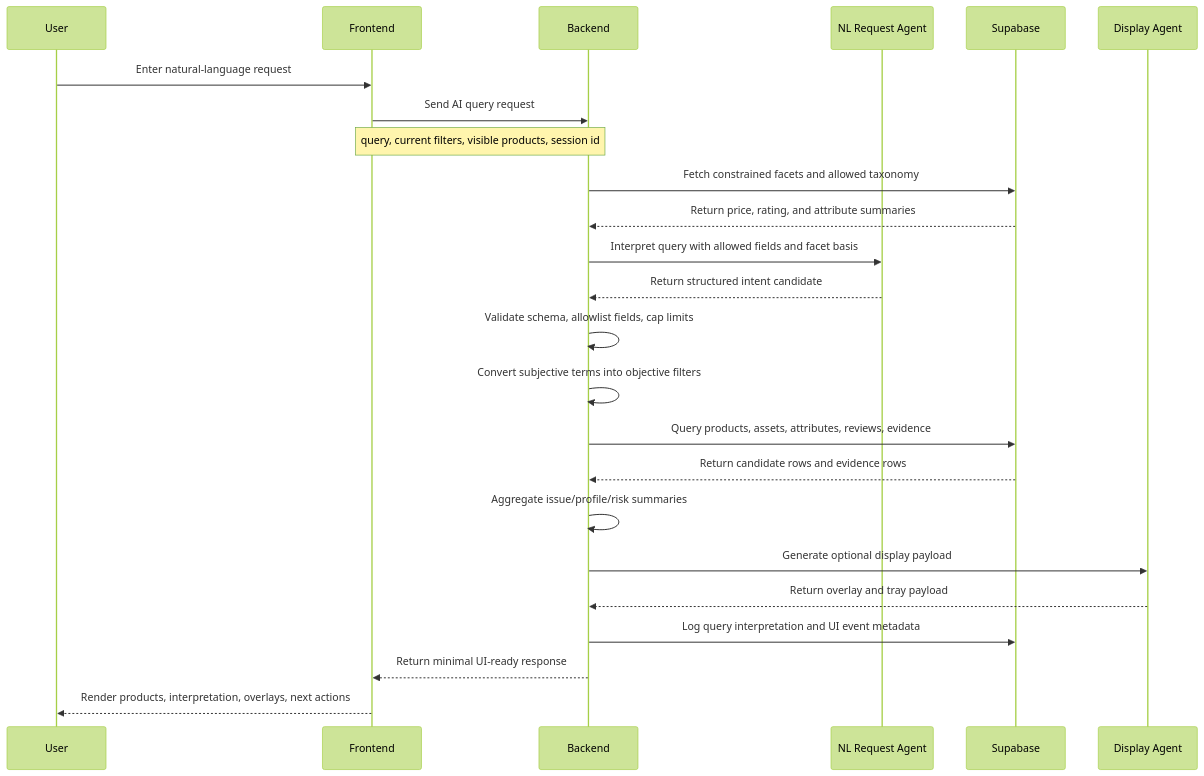
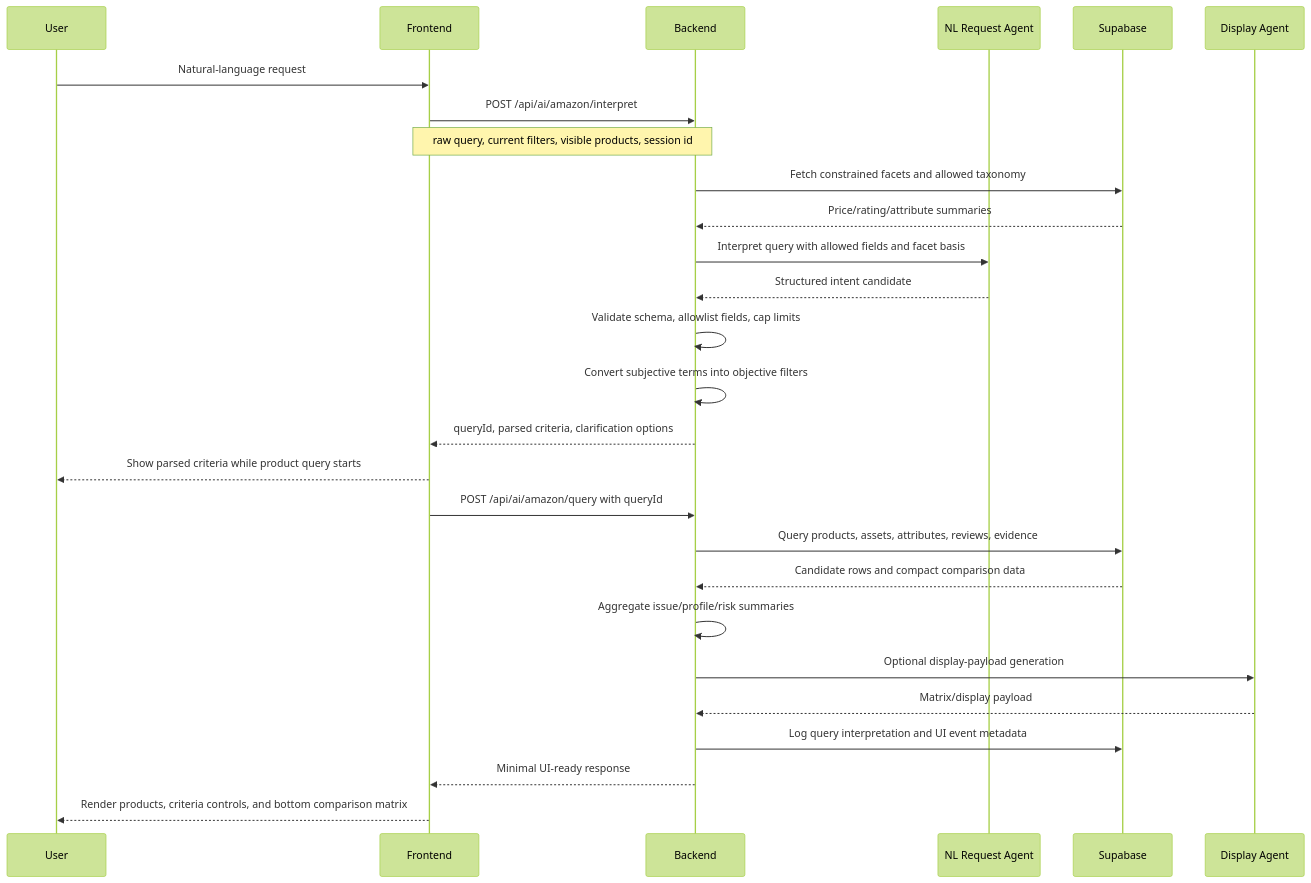
One commit to YJ-Jang01/HAI changed the second of 4 diagrams in docs/SERVICE_DATA_FLOW.md. Above: the diagram before and after it, drawn with Mermaid (forest theme). The commit also changed other lines of this file and 146 other files, not shown here.

````diff
--- a/docs/SERVICE_DATA_FLOW.md
+++ b/docs/SERVICE_DATA_FLOW.md
@@ -52,33 +41,37 @@
 ```mermaid
 sequenceDiagram
   participant U as User
   participant FE as Frontend
   participant BE as Backend
   participant NL as NL Request Agent
   participant DB as Supabase
   participant DA as Display Agent
 
-  U->>FE: Enter natural-language request
-  FE->>BE: Send AI query request
-  Note over FE,BE: query, current filters, visible products, session id
+  U->>FE: Natural-language request
+  FE->>BE: POST /api/ai/amazon/interpret
+  Note over FE,BE: raw query, current filters, visible products, session id
 
   BE->>DB: Fetch constrained facets and allowed taxonomy
-  DB-->>BE: Return price, rating, and attribute summaries
+  DB-->>BE: Price/rating/attribute summaries
 
   BE->>NL: Interpret query with allowed fields and facet basis
-  NL-->>BE: Return structured intent candidate
+  NL-->>BE: Structured intent candidate
 
   BE->>BE: Validate schema, allowlist fields, cap limits
   BE->>BE: Convert subjective terms into objective filters
 
+  BE-->>FE: queryId, parsed criteria, clarification options
+  FE-->>U: Show parsed criteria while product query starts
+
+  FE->>BE: POST /api/ai/amazon/query with queryId
   BE->>DB: Query products, assets, attributes, reviews, evidence
-  DB-->>BE: Return candidate rows and evidence rows
+  DB-->>BE: Candidate rows and compact comparison data
 
   BE->>BE: Aggregate issue/profile/risk summaries
-  BE->>DA: Generate optional display payload
-  DA-->>BE: Return overlay and tray payload
+  BE->>DA: Optional display-payload generation
+  DA-->>BE: Matrix/display payload
 
   BE->>DB: Log query interpretation and UI event metadata
-  BE-->>FE: Return minimal UI-ready response
-  FE-->>U: Render products, interpretation, overlays, next actions
+  BE-->>FE: Minimal UI-ready response
+  FE-->>U: Render products, criteria controls, and bottom comparison matrix
 ```
````
